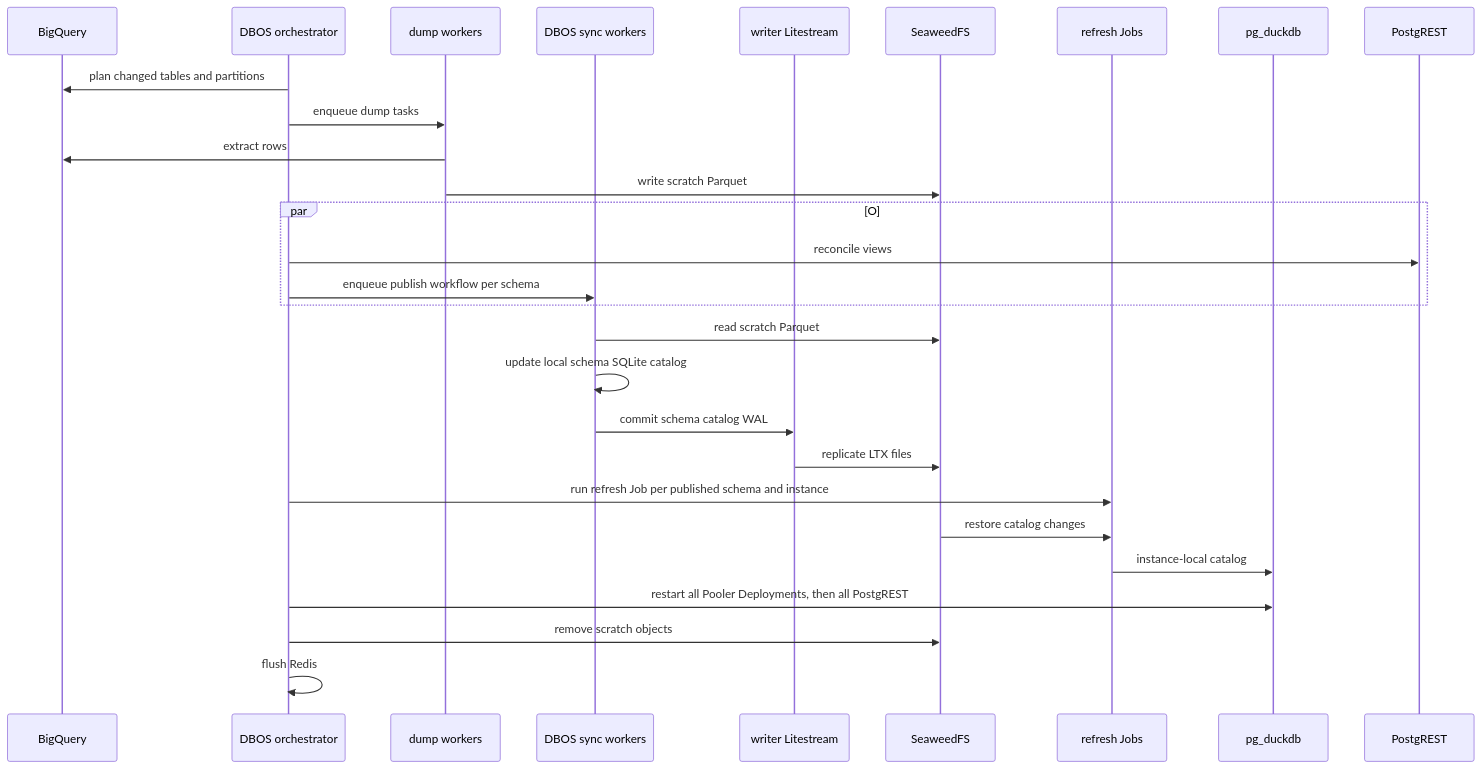
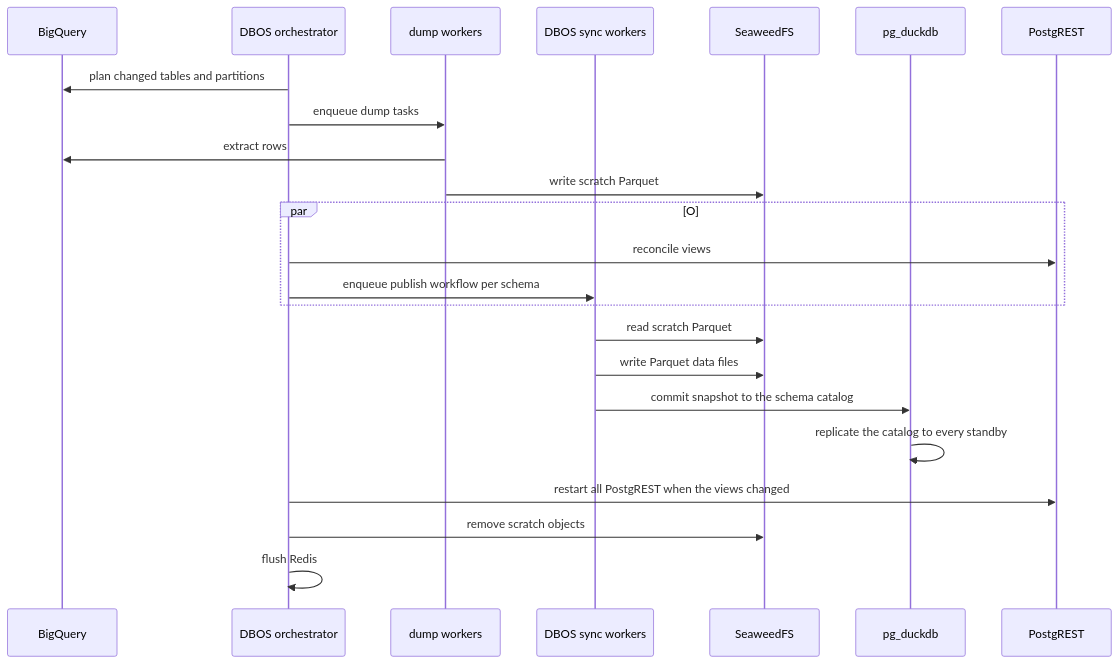
One commit to prefeitura-rio/data-proxy changed the first of 2 diagrams in docs/architecture.md. Above: the diagram before and after it, drawn with Mermaid. The commit also changed other lines of this file and 9 other files, not shown here.

````diff
--- a/docs/architecture.md
+++ b/docs/architecture.md
@@ -74,31 +65,26 @@
 ```mermaid
 sequenceDiagram
     participant BQ as BigQuery
     participant O as DBOS orchestrator
     participant D as dump workers
     participant P as DBOS sync workers
-    participant L as writer Litestream
     participant S3 as SeaweedFS
-    participant R as refresh Jobs
     participant PG as pg_duckdb
     participant API as PostgREST
 
     O->>BQ: plan changed tables and partitions
     O->>D: enqueue dump tasks
     D->>BQ: extract rows
     D->>S3: write scratch Parquet
     par O
         O->>API: reconcile views
         O->>P: enqueue publish workflow per schema
     end
     P->>S3: read scratch Parquet
-    P->>P: update local schema SQLite catalog
-    P->>L: commit schema catalog WAL
-    L->>S3: replicate LTX files
-    O->>R: run refresh Job per published schema and instance
-    S3->>R: restore catalog changes
-    R->>PG: instance-local catalog
-    O->>PG: restart all Pooler Deployments, then all PostgREST
+    P->>S3: write Parquet data files
+    P->>PG: commit snapshot to the schema catalog
+    PG->>PG: replicate the catalog to every standby
+    O->>API: restart all PostgREST when the views changed
     O->>S3: remove scratch objects
     O->>O: flush Redis
 ```
````
